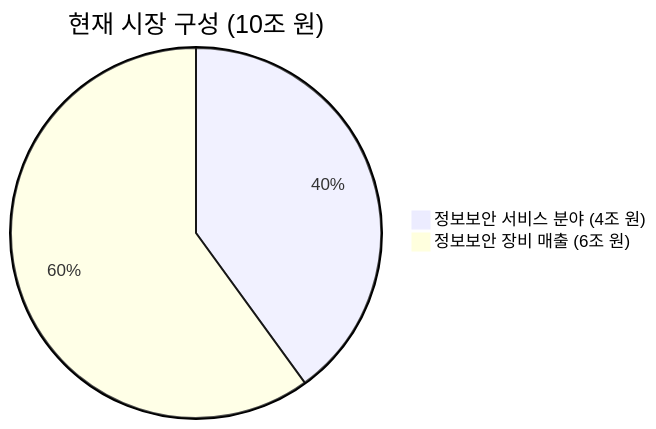
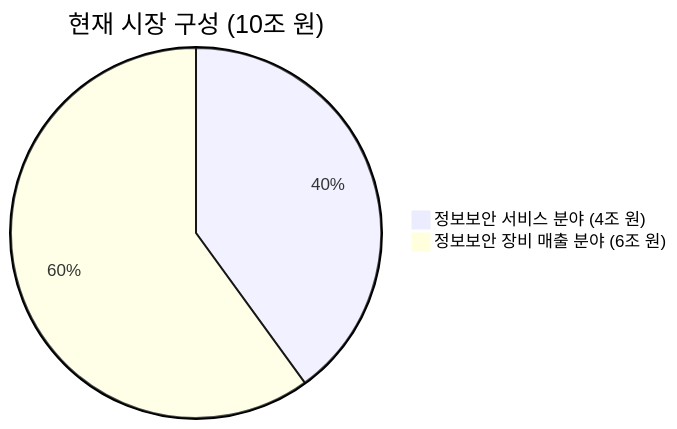
One commit to QubitSecurity/Market changed the first of 2 diagrams in kr/forecast.md. Above: the diagram before and after it, drawn with Mermaid. The commit also changed other lines of this file, not shown here.

````diff
--- a/kr/forecast.md
+++ b/kr/forecast.md
@@ -120,5 +133,5 @@
 ```mermaid
 pie title 현재 시장 구성 (10조 원)
     "정보보안 서비스 분야 (4조 원)" : 40
-    "정보보안 장비 매출 (6조 원)" : 60
+    "정보보안 장비 매출 분야 (6조 원)" : 60
 ```
````
